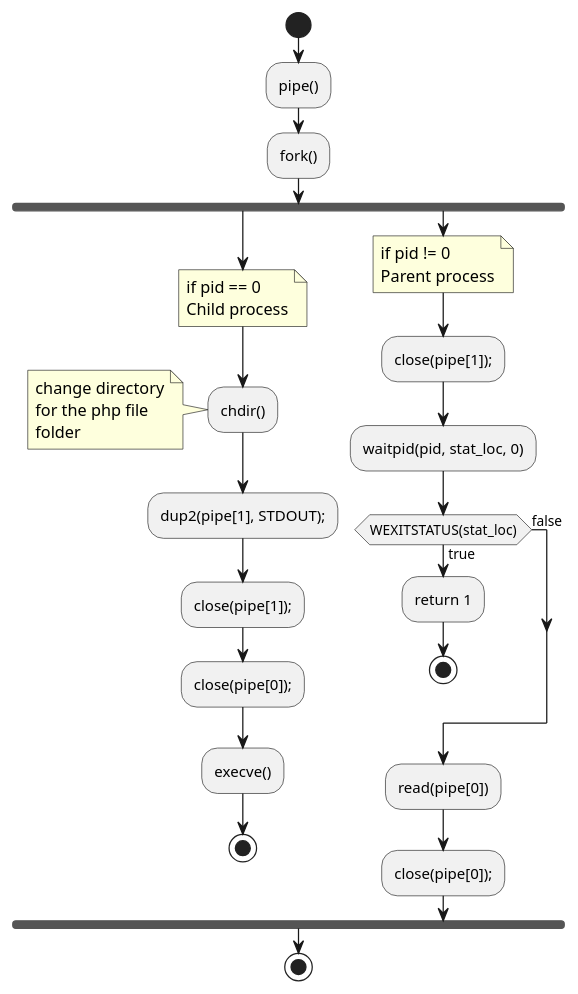
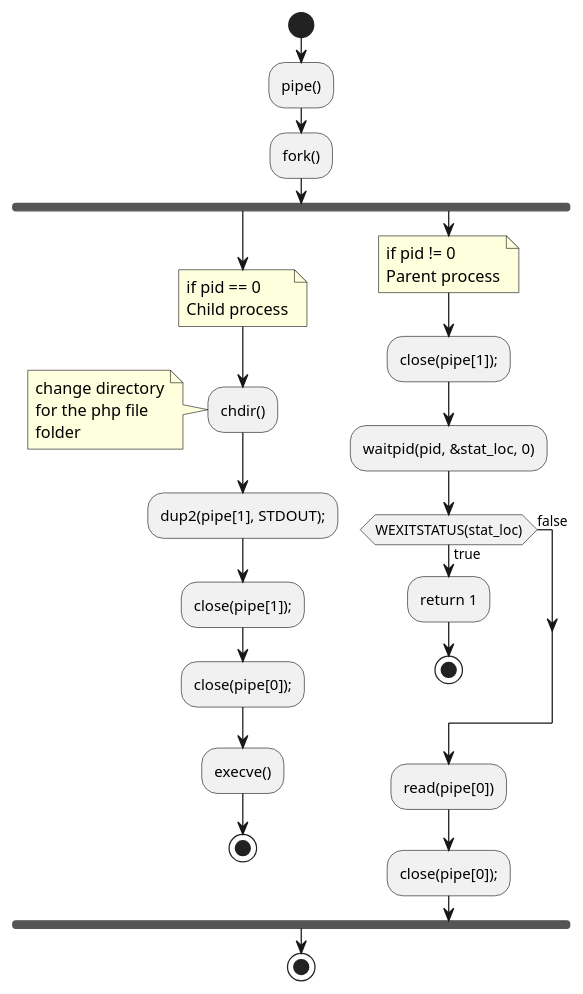
Before and after one commit to 0xCAF3D0OD/webserv: the eighth of 9 diagrams in docs/README.adoc, drawn with PlantUML.

Commit message:
docs: waitpid address

```diff
--- a/docs/README.adoc
+++ b/docs/README.adoc
@@ -87,38 +87,38 @@
 [plantuml, target=activity_cgi, format=svg, width=60%]
 ....
 start
 :pipe();
 :fork();
 fork
 note left
   if pid == 0
   Child process
 end note
   :chdir();
 note left
   change directory
   for the php file
   folder
 end note
   :dup2(pipe[1], STDOUT);;
   :close(pipe[1]);;
   :close(pipe[0]);;
   :execve();
   stop
 fork again
 note left
   if pid != 0
   Parent process
 end note
   :close(pipe[1]);;
-  :waitpid(pid, stat_loc, 0);
+  :waitpid(pid, &stat_loc, 0);
   if (WEXITSTATUS(stat_loc)) is (true) then
     :return 1;
 	stop
   else (false)
   endif
   :read(pipe[0]);
   :close(pipe[0]);;
 end fork;
 stop
 ....
```
